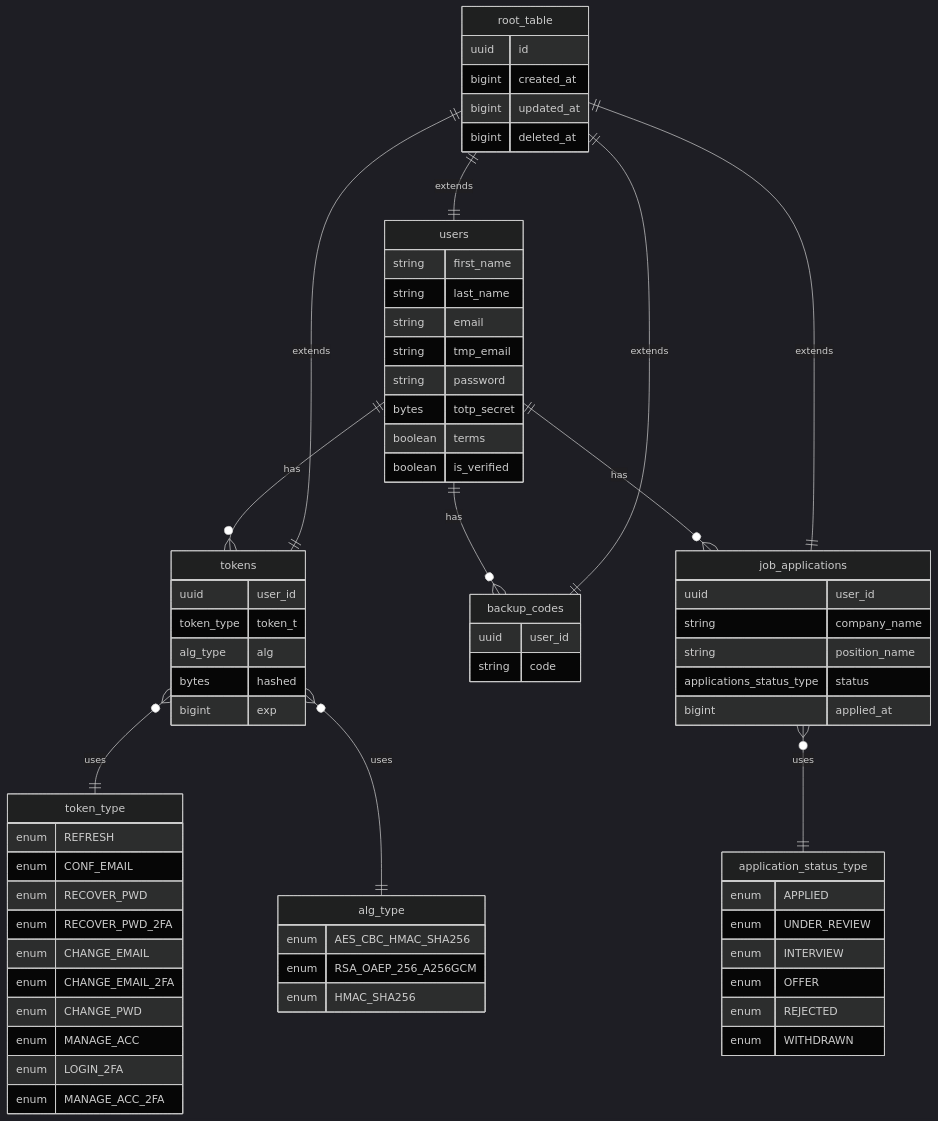
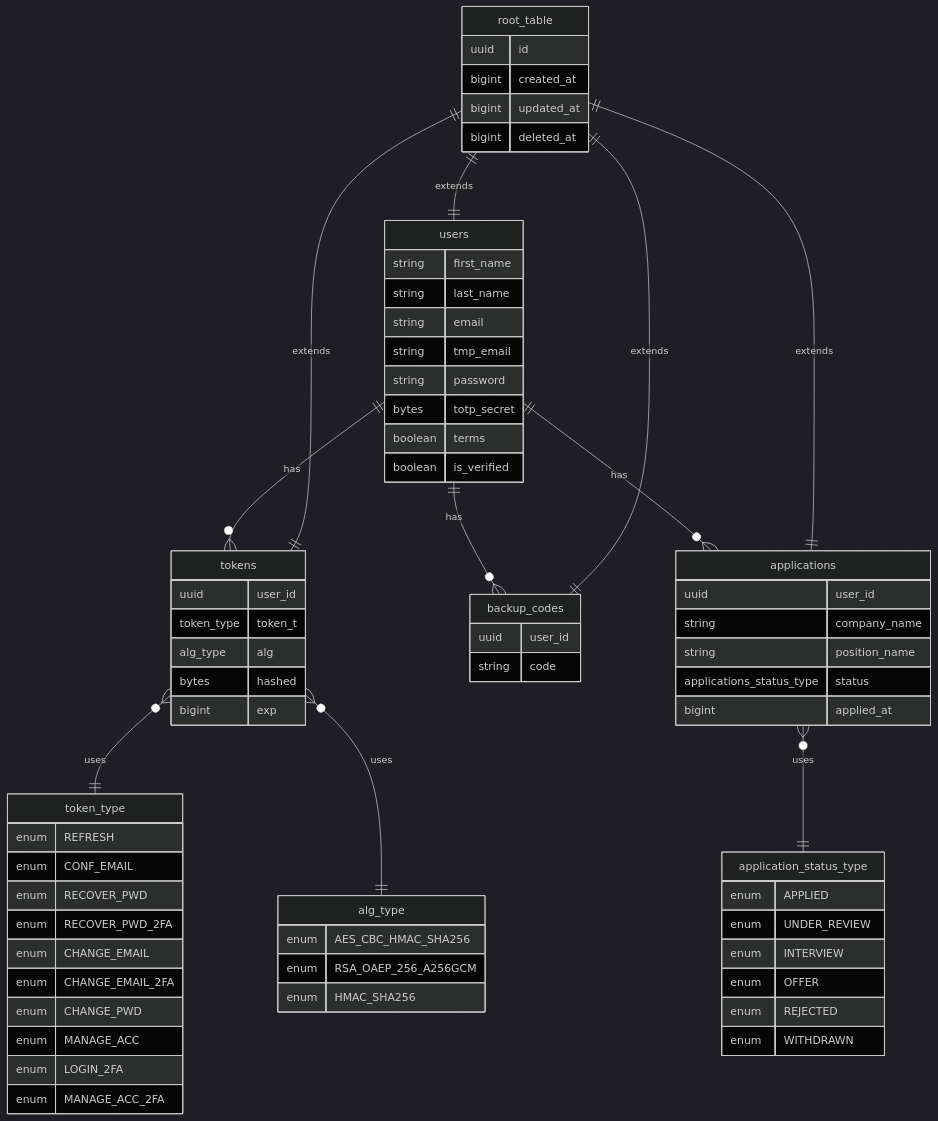
Before and after one commit to AlexanderMatveev2908/psn-job-application-tracker: the diagram in README.md, drawn with Mermaid (dark theme). The commit also changed other lines of this file, not shown here.

````diff
--- a/README.md
+++ b/README.md
@@ -512,80 +490,80 @@
 ```mermaid
 erDiagram
   users ||--o{ tokens : has
   users ||--o{ backup_codes : has
-  users ||--o{ job_applications : has
+  users ||--o{ applications : has
   tokens }o--|| token_type : uses
   tokens }o--|| alg_type : uses
-  job_applications }o--||application_status_type : uses
+  applications }o--||application_status_type : uses
   root_table ||--|| users : extends
   root_table ||--|| tokens : extends
   root_table ||--|| backup_codes : extends
-  root_table ||--|| job_applications : extends
+  root_table ||--|| applications : extends
 
   root_table {
     uuid id
     bigint created_at
     bigint updated_at
     bigint deleted_at
   }
 
   users {
     string first_name
     string last_name
     string email
     string tmp_email
     string password
     bytes totp_secret
     boolean terms
     boolean is_verified
   }
 
   backup_codes {
     uuid user_id
     string code
   }
 
   tokens {
     uuid user_id
     token_type token_t
     alg_type alg
     bytes hashed
     bigint exp
   }
 
-  job_applications {
+  applications {
     uuid user_id
     string company_name
     string position_name
     applications_status_type status
     bigint applied_at
   }
 
   token_type {
     enum REFRESH
     enum CONF_EMAIL
     enum RECOVER_PWD
     enum RECOVER_PWD_2FA
     enum CHANGE_EMAIL
     enum CHANGE_EMAIL_2FA
     enum CHANGE_PWD
     enum MANAGE_ACC
     enum LOGIN_2FA
     enum MANAGE_ACC_2FA
   }
 
   alg_type {
     enum AES_CBC_HMAC_SHA256
     enum RSA_OAEP_256_A256GCM
     enum HMAC_SHA256
   }
 
   application_status_type {
   enum APPLIED
   enum UNDER_REVIEW
   enum INTERVIEW
   enum OFFER
   enum REJECTED
   enum WITHDRAWN
   }
 ```
````
